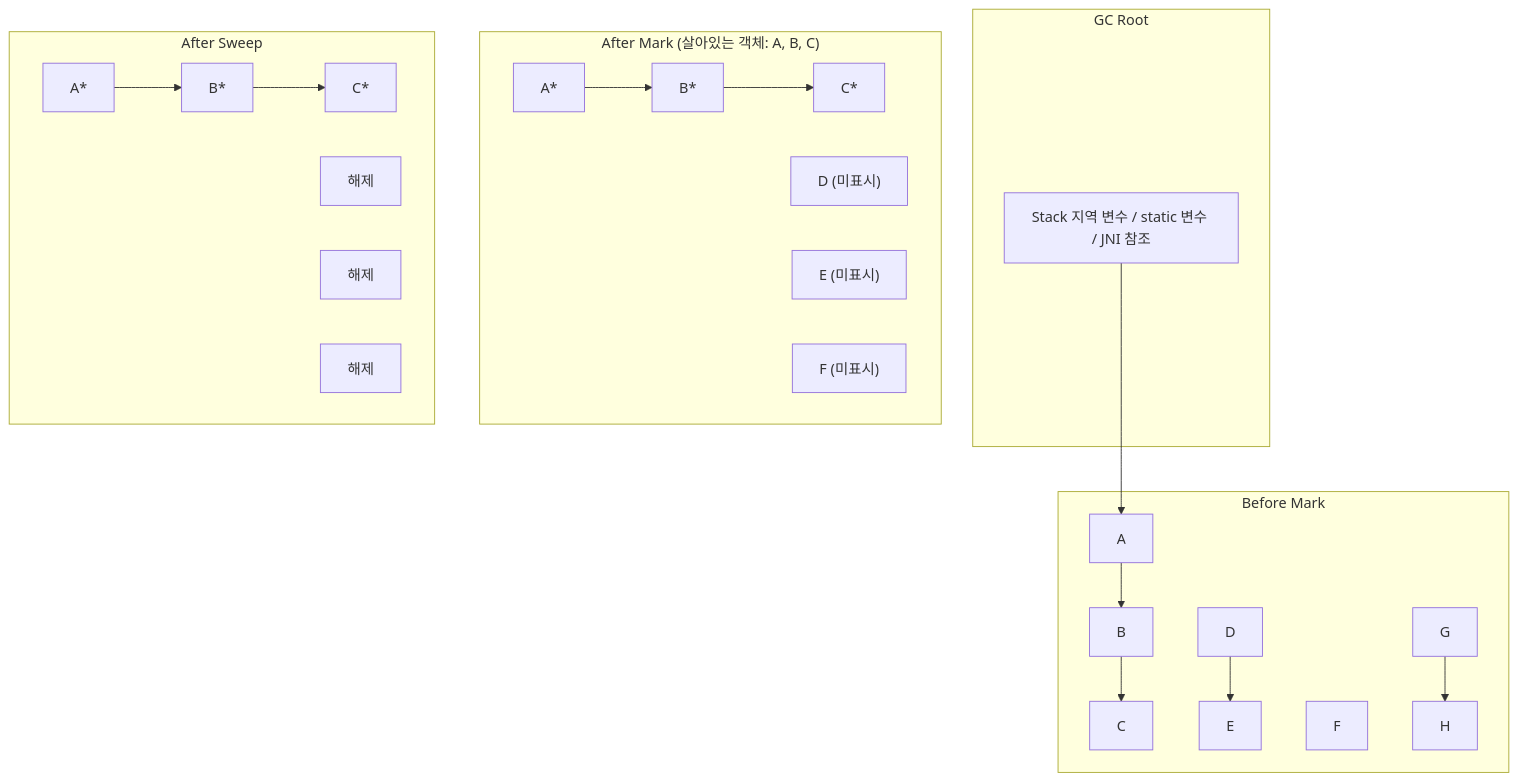
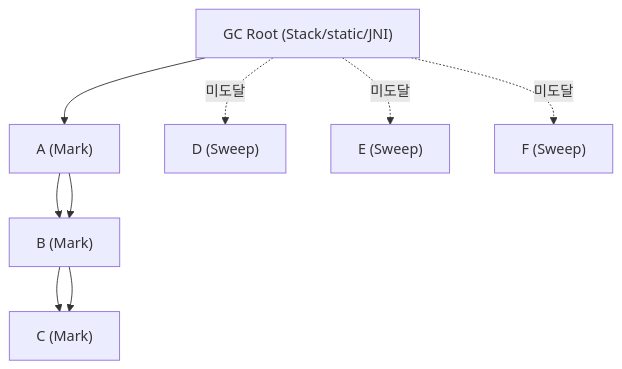
Before and after one commit to yjkim2015/yjkim2015.github.io: the third of 29 diagrams in _posts/java/2026-05-01-java-garbage-collector.md, drawn with Mermaid. The commit also changed other lines of this file and 215 other files, not shown here.

First line of the commit message:
신규 포스트 10개 추가 + Mermaid 전면 축소 + SystemDesign 시리즈 보강

````diff
--- a/_posts/java/2026-05-01-java-garbage-collector.md
+++ b/_posts/java/2026-05-01-java-garbage-collector.md
@@ -97,25 +79,7 @@
 ```mermaid
 graph TD
-    subgraph "GC Root"
-        ROOT["Stack 지역 변수 / static 변수 / JNI 참조"]
-    end
-    subgraph "Before Mark"
-        A1["A"] --> B1["B"] --> C1["C"]
-        D1["D"] --> E1["E"]
-        F1["F"]
-        G1["G"] --> H1["H"]
-        ROOT --> A1
-    end
-    subgraph "After Mark (살아있는 객체: A, B, C)"
-        A2["A*"] --> B2["B*"] --> C2["C*"]
-        D2["D (미표시)"]
-        E2["E (미표시)"]
-        F2["F (미표시)"]
-    end
-    subgraph "After Sweep"
-        A3["A*"] --> B3["B*"] --> C3["C*"]
-        DEL1["해제"]
-        DEL2["해제"]
-        DEL3["해제"]
-    end
+    ROOT["GC Root (Stack/static/JNI)"] --> A --> B --> C
+    ROOT -.미도달.-> D & E & F
+    A["A (Mark)"] --> B["B (Mark)"] --> C["C (Mark)"]
+    D["D (Sweep)"] & E["E (Sweep)"] & F["F (Sweep)"]
 ```
````
